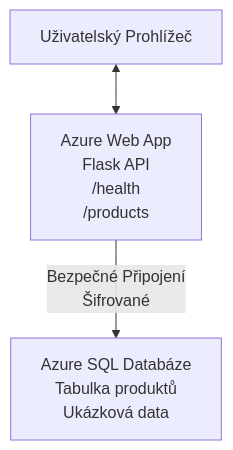
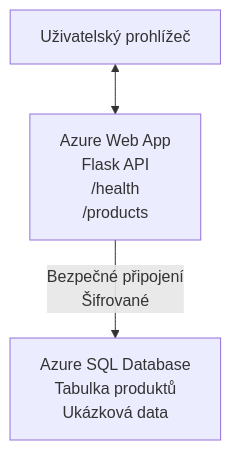
The diagram in translations/cs/examples/database-app/README.md (microsoft/AZD-for-beginners), drawn with Mermaid before and after one commit. The commit also changed other lines of this file and 104 other files, not shown here.

````diff
--- a/translations/cs/examples/database-app/README.md
+++ b/translations/cs/examples/database-app/README.md
@@ -72,5 +72,5 @@
 ```mermaid
 graph TD
-    Browser[Uživatelský Prohlížeč] <--> WebApp[Azure Web App<br/>Flask API<br/>/health<br/>/products]
-    WebApp -- Bezpečné Připojení<br/>Šifrované --> SQL[Azure SQL Databáze<br/>Tabulka produktů<br/>Ukázková data]
+    Browser[Uživatelský prohlížeč] <--> WebApp[Azure Web App<br/>Flask API<br/>/health<br/>/products]
+    WebApp -- Bezpečné připojení<br/>Šifrované --> SQL[Azure SQL Database<br/>Tabulka produktů<br/>Ukázková data]
 ```
````
